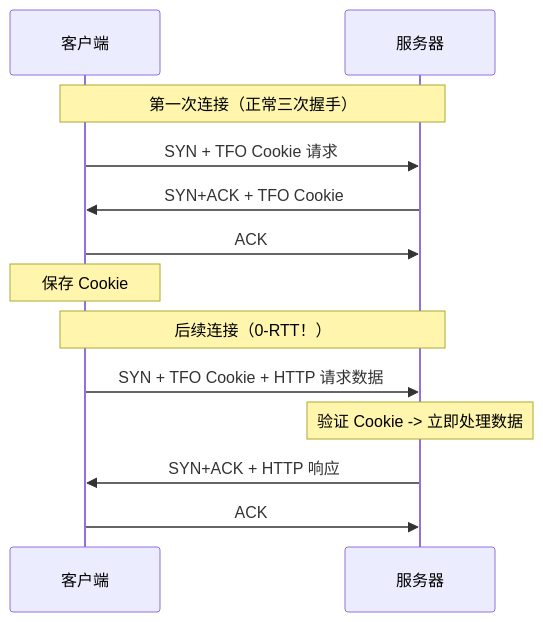
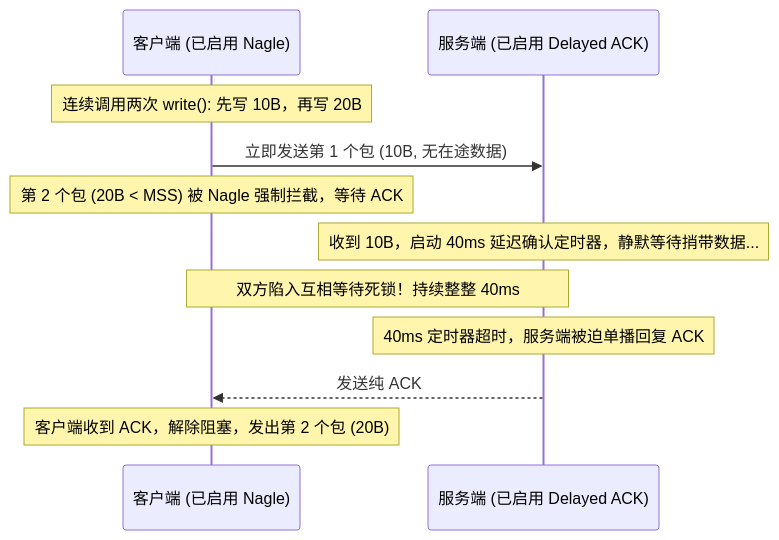
One commit to Lumivers/firefly changed the fourth of 5 diagrams in src/content/posts/network/02_tcp.md. Above: the diagram before and after it, drawn with Mermaid. The commit also changed other lines of this file and 18 other files, not shown here.

````diff
--- a/src/content/posts/network/02_tcp.md
+++ b/src/content/posts/network/02_tcp.md
@@ -199,17 +227,14 @@
 ```mermaid
 sequenceDiagram
-    participant C as 客户端
-    participant S as 服务器
+    participant C as 客户端 (已启用 Nagle)
+    participant S as 服务端 (已启用 Delayed ACK)
 
-    Note over C,S: 第一次连接（正常三次握手）
-    C->>S: SYN + TFO Cookie 请求
-    S->>C: SYN+ACK + TFO Cookie
-    C->>S: ACK
-    Note over C: 保存 Cookie
-
-    Note over C,S: 后续连接（0-RTT！）
-    C->>S: SYN + TFO Cookie + HTTP 请求数据
-    Note over S: 验证 Cookie -> 立即处理数据
-    S->>C: SYN+ACK + HTTP 响应
-    C->>S: ACK
+    Note over C: 连续调用两次 write(): 先写 10B，再写 20B
+    C->>S: 立即发送第 1 个包 (10B, 无在途数据)
+    Note over C: 第 2 个包 (20B < MSS) 被 Nagle 强制拦截，等待 ACK
+    Note over S: 收到 10B，启动 40ms 延迟确认定时器，静默等待捎带数据...
+    Note over C,S: 双方陷入互相等待死锁！持续整整 40ms
+    Note over S: 40ms 定时器超时，服务端被迫单播回复 ACK
+    S-->>C: 发送纯 ACK
+    Note over C: 客户端收到 ACK，解除阻塞，发出第 2 个包 (20B)
 ```
````
